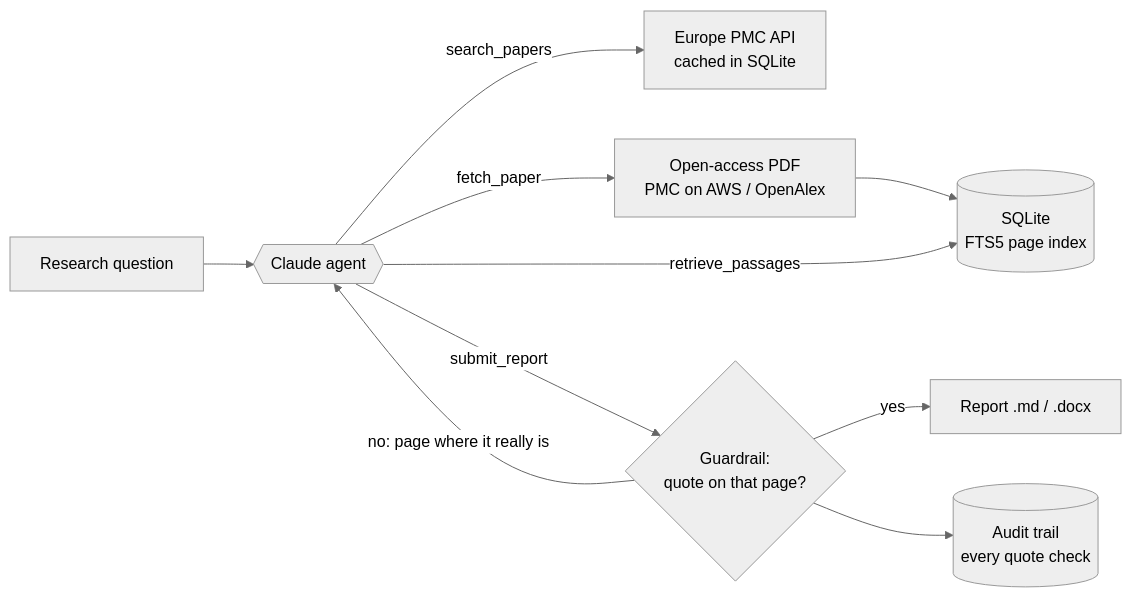
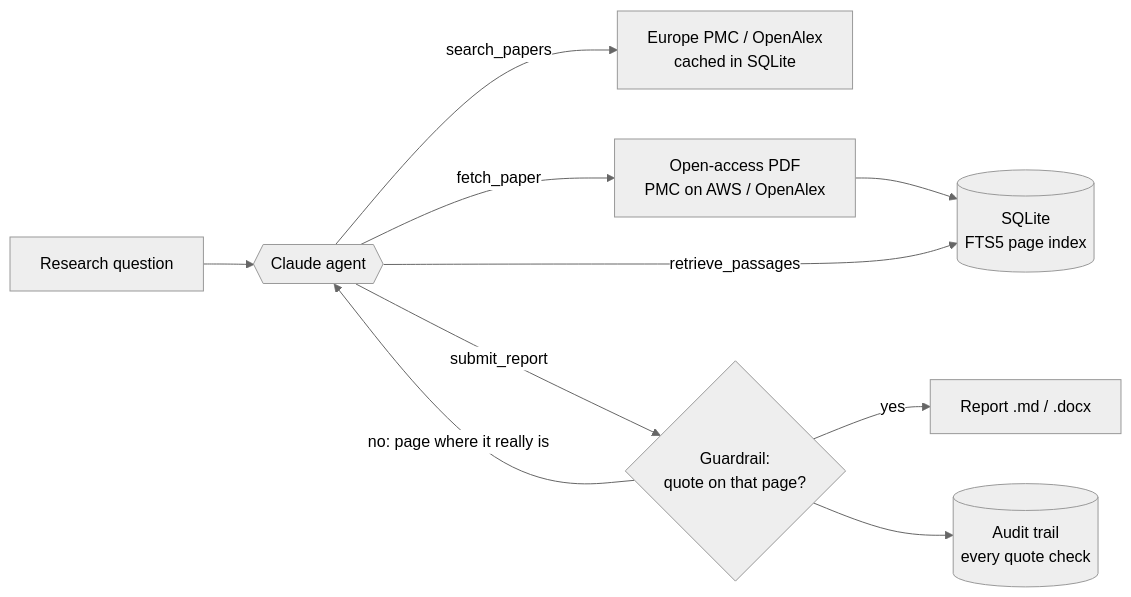
One commit to sharon0r/verified-lit-review changed the diagram in README.md. Above: the diagram before and after it, drawn with Mermaid (neutral theme). The commit also changed other lines of this file and 6 other files, not shown here.

First line of the commit message:
Any field, not only medicine: OpenAlex search + general prompt and UI

````diff
--- a/README.md
+++ b/README.md
@@ -18,12 +18,12 @@
 ```mermaid
 flowchart LR
     Q[Research question] --> A{{Claude agent}}
-    A -- search_papers --> S[Europe PMC API<br/>cached in SQLite]
+    A -- search_papers --> S[Europe PMC / OpenAlex<br/>cached in SQLite]
     A -- fetch_paper --> F[Open-access PDF<br/>PMC on AWS / OpenAlex]
     F --> DB[(SQLite<br/>FTS5 page index)]
     A -- retrieve_passages --> DB
     A -- submit_report --> G{Guardrail:<br/>quote on that page?}
     G -- no: page where it really is --> A
     G -- yes --> R[Report .md / .docx]
     G --> AU[(Audit trail<br/>every quote check)]
 ```
````
